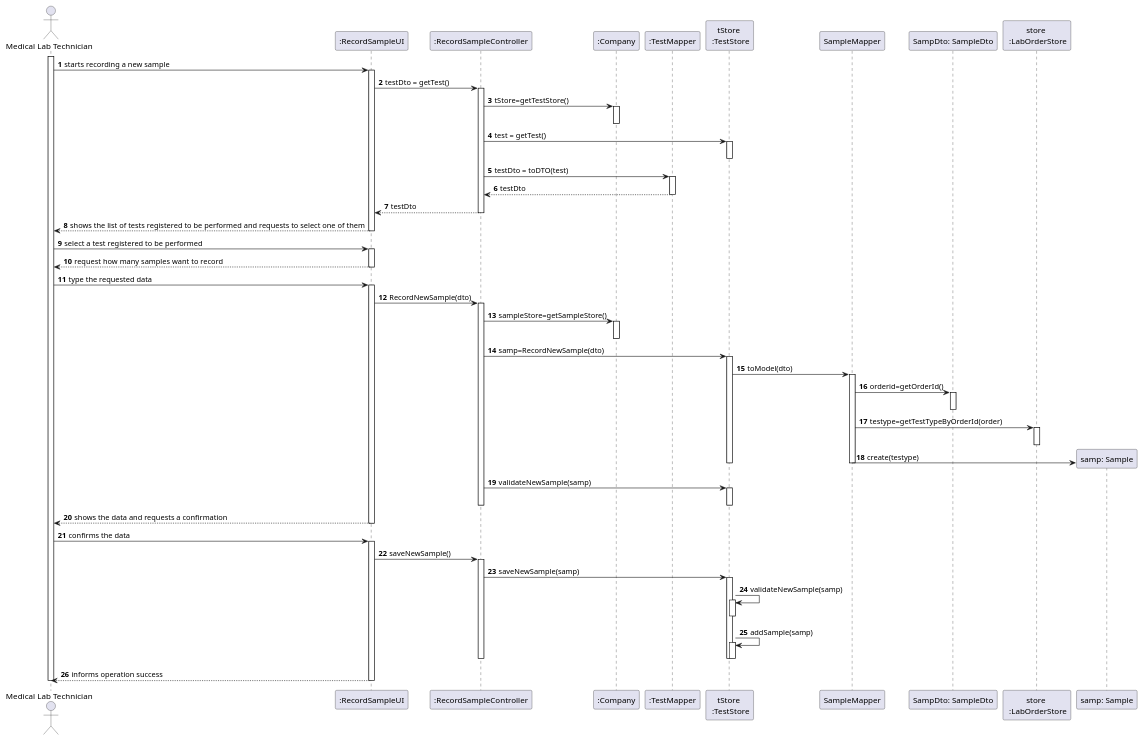
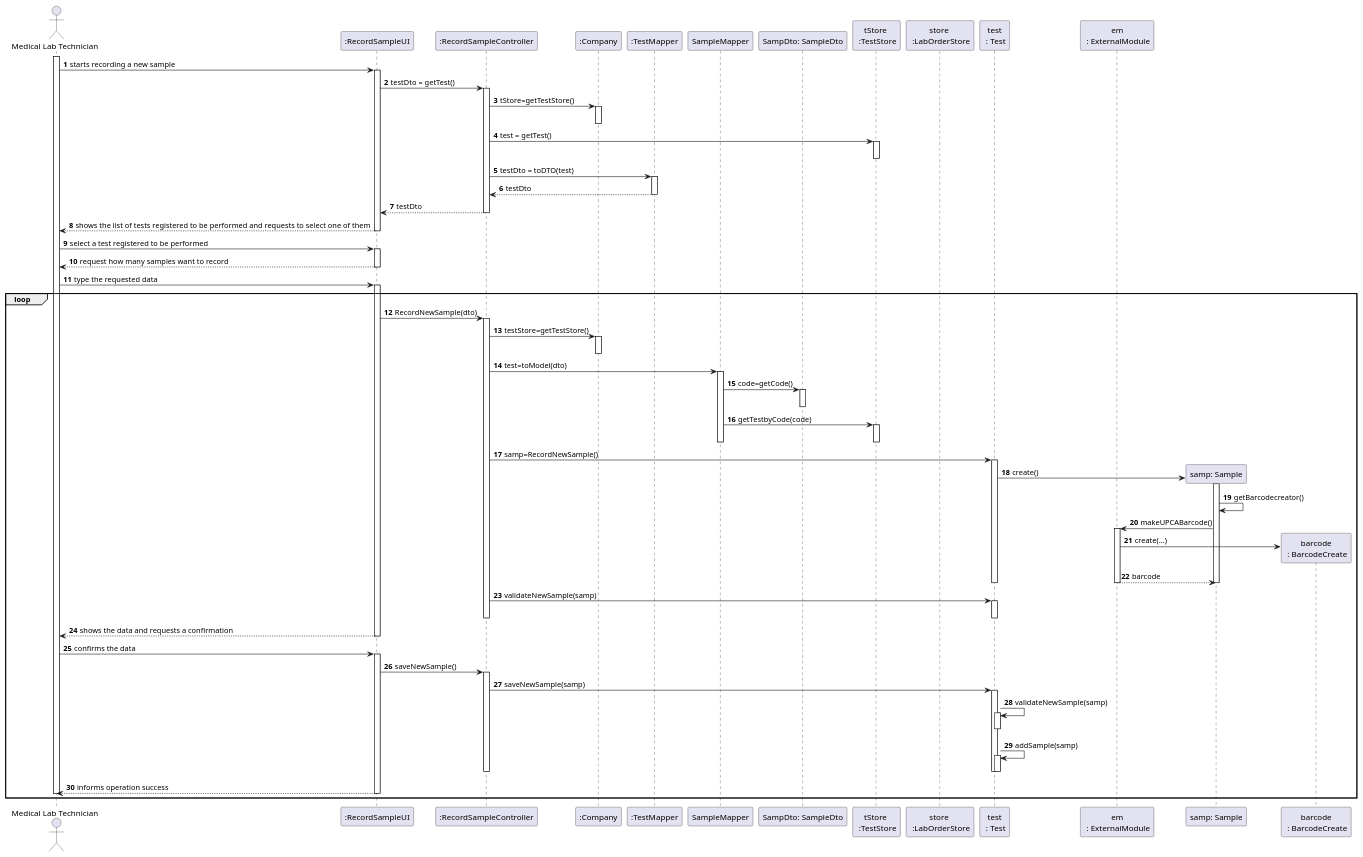
Before and after one commit to Pedromaia26/LAPR2-ISEP: the diagram in docs/SprintC/US5_RecordTheSample/US005_SD.puml, drawn with PlantUML. The commit also changed 127 other files, not shown here.

```diff
--- a/docs/SprintC/US5_RecordTheSample/US005_SD.puml
+++ b/docs/SprintC/US5_RecordTheSample/US005_SD.puml
@@ -1,108 +1,123 @@
 @startuml
 actor "Medical Lab Technician" as Adm
 participant ":RecordSampleUI" as Interface
 participant ":RecordSampleController" as Controller
 participant ":Company" as Company
 participant ":TestMapper" as TM
-participant "tStore \n :TestStore" as SS
 participant "SampleMapper" as SM
 participant "SampDto: SampleDto" as SD
+participant "tStore \n :TestStore" as SS
 participant "store \n :LabOrderStore" as TS
+participant "test\n : Test" as test
+participant "em\n : ExternalModule" as em
 
 
  
  
 autonumber
 activate Adm
 Adm -> Interface: starts recording a new sample
 activate Interface
 Interface -> Controller: testDto = getTest()
 activate Controller
 Controller -> Company : tStore=getTestStore()
 activate Company
 deactivate Company
 Controller -> SS: test = getTest()
 activate SS
 deactivate SS
 Controller -> TM: testDto = toDTO(test)
 activate TM
 
 TM-->Controller : testDto
 deactivate TM
 Controller-->Interface : testDto
 deactivate Controller
 Interface --> Adm: shows the list of tests registered to be performed and requests to select one of them
 deactivate Interface
 
 
 
 Adm -> Interface: select a test registered to be performed
 activate Interface
 Interface--> Adm: request how many samples want to record
 deactivate Interface
 
 Adm -> Interface : type the requested data
-
+loop
 
 activate Interface
 
 Interface->Controller: RecordNewSample(dto)
 activate Controller
-Controller -> Company : sampleStore=getSampleStore()
+Controller -> Company : testStore=getTestStore()
 activate Company
 Deactivate Company
-Controller->SS: samp=RecordNewSample(dto)
+Controller -> SM : test=toModel(dto)
+activate SM
+SM->SD : code=getCode()
+activate SD
+deactivate SD
+SM->SS: getTestbyCode(code)
 activate SS
+deactivate SS
+deactivate SS
+deactivate SM
+Controller->test: samp=RecordNewSample()
+activate test
+
+create "samp: Sample" as samp
+
+test->samp:  create()
+activate samp
+
+samp -> samp : getBarcodecreator()
+
+samp-> em : makeUPCABarcode()
+activate em
+
+create "barcode\n : BarcodeCreate" as BC
+
+em->BC :create(...)
+
+em-->samp : barcode
+
+deactivate em
+
+deactivate samp
 
 
-SS->SM: toModel(dto)
-activate SM
-SM->SD: orderid=getOrderId()
-activate SD
-deactivate SD
-SM->TS: testype=getTestTypeByOrderId(order)
-activate TS
-deactivate TS
+deactivate test
 
-
-
-
-create "samp: Sample" as samp
-SM->samp:  create(testype)
-
-
-
-deactivate SM
-deactivate SS
-
-Controller->SS:validateNewSample(samp)
-Activate SS
-deactivate SS
+Controller->test:validateNewSample(samp)
+Activate test
+deactivate test
 
 deactivate Controller
 
 
 Interface-->Adm : shows the data and requests a confirmation
 
 deactivate Interface
 
 Adm -> Interface: confirms the data
 activate Interface
 Interface->Controller: saveNewSample()
 activate Controller
-Controller->SS:saveNewSample(samp)
-activate SS
-SS->SS:validateNewSample(samp)
-activate SS
-deactivate SS
-SS->SS:addSample(samp)
-activate SS
-deactivate SS
+Controller->test:saveNewSample(samp)
+activate test
+test->test:validateNewSample(samp)
+activate test
+deactivate test
+test->test:addSample(samp)
+activate test
+deactivate test
 
-deactivate SS
+deactivate test
 deactivate Controller
 Interface--> Adm: informs operation success
 
 deactivate Interface
 deactivate Adm
+end
 @enduml
```
